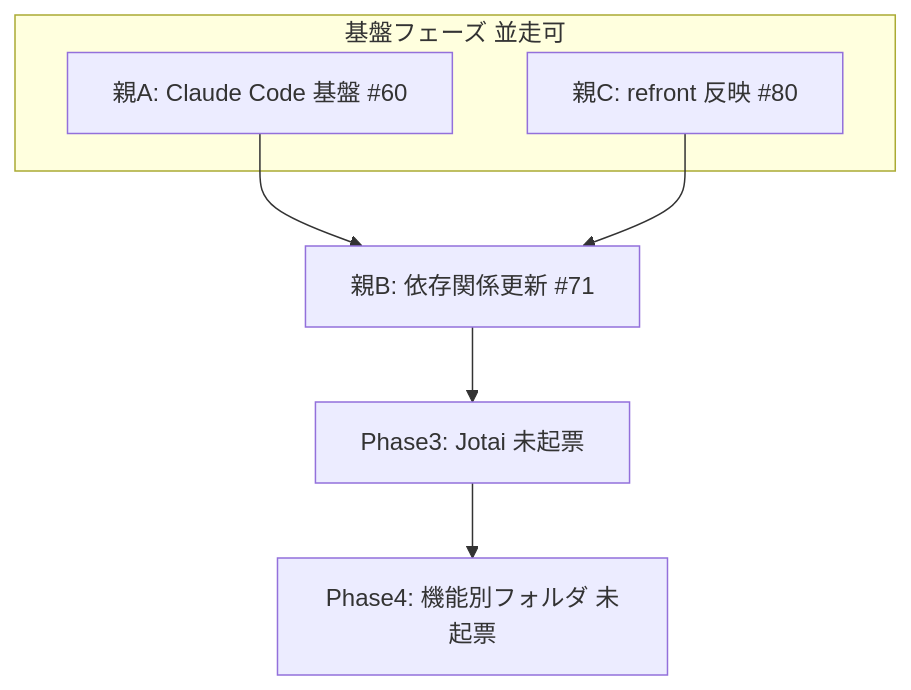
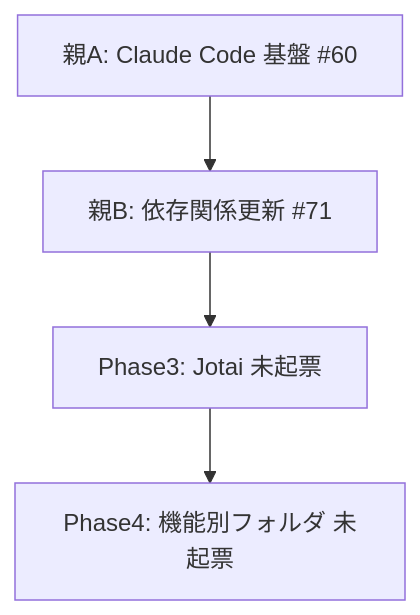
One commit to Yamamoto1012/MATODO_NEXT changed the diagram in ROADMAP.md. Above: the diagram before and after it, drawn with Mermaid. The commit also changed other lines of this file, not shown here.

First line of the commit message:
docs: ROADMAP から refront ライフサイクル節を除去する

````diff
--- a/ROADMAP.md
+++ b/ROADMAP.md
@@ -21,15 +20,11 @@
 ```mermaid
 flowchart TB
-  subgraph Found[基盤フェーズ 並走可]
-    A[親A: Claude Code 基盤 #60]
-    C[親C: refront 反映 #80]
-  end
+  A[親A: Claude Code 基盤 #60]
   B[親B: 依存関係更新 #71]
   P3[Phase3: Jotai 未起票]
   P4[Phase4: 機能別フォルダ 未起票]
 
   A --> B
-  C --> B
   B --> P3
   P3 --> P4
 ```
````
